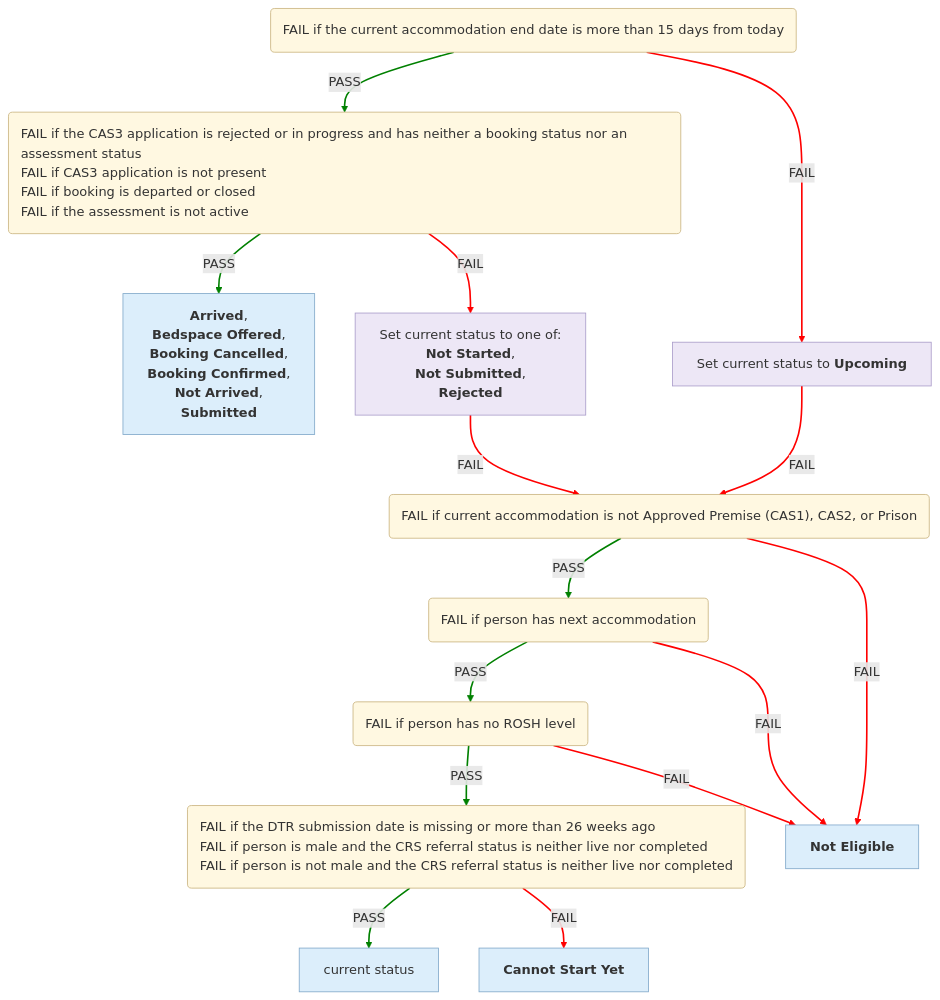
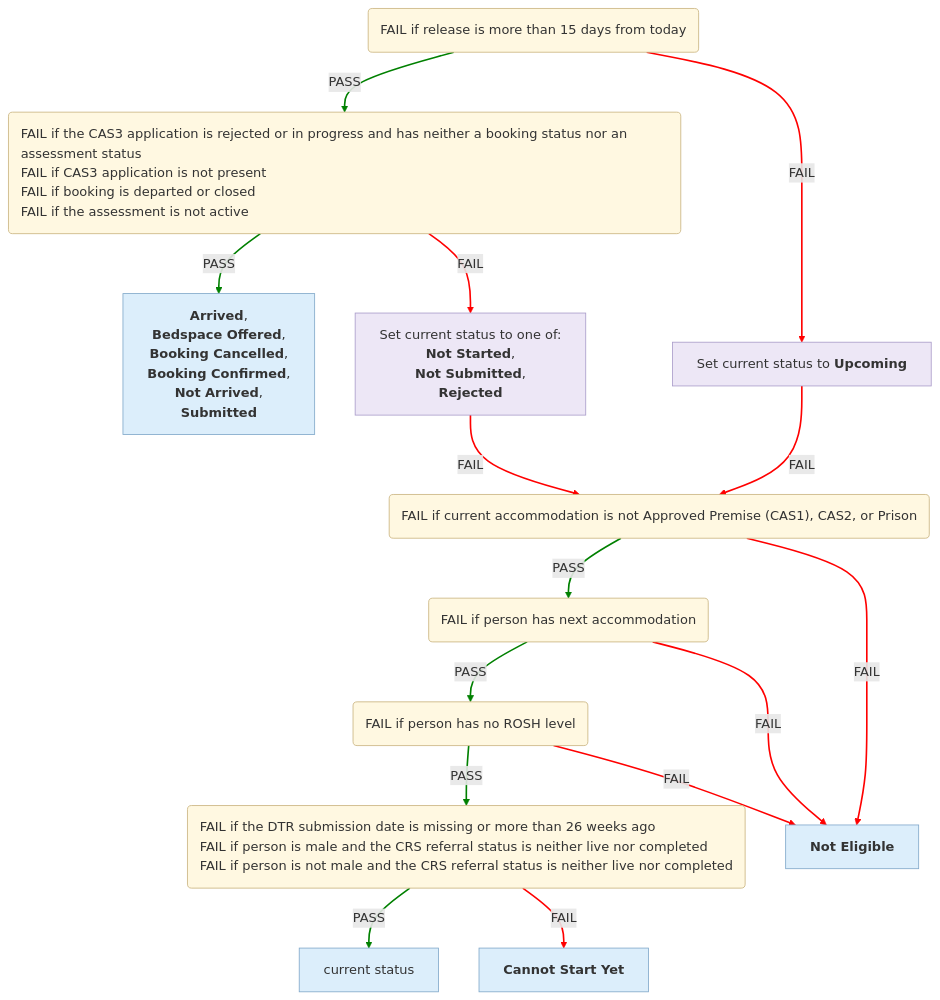
The third of 6 diagrams in docs/eligibility-rules-graph.md (ministryofjustice/hmpps-single-accommodation-service-api), drawn with Mermaid before and after one commit. The commit also changed other lines of this file and 13 other files, not shown here.

Commit message:
chore/SAS-1544-Make-language-more-natural-for-Fail-descriptions

````diff
--- a/docs/eligibility-rules-graph.md
+++ b/docs/eligibility-rules-graph.md
@@ -332,51 +284,51 @@
 ```mermaid
 %%{init: {"flowchart": {"wrappingWidth": 800}}}%%
 flowchart TD
-  Upcoming("<div style='text-align:left'>FAIL if the current accommodation end date is more than 15 days from today</div>")
+  Upcoming("<div style='text-align:left'>FAIL if release is more than 15 days from today</div>")
   Suitability("<div style='text-align:left'>FAIL if the CAS3 application is rejected or in progress and has neither a booking status nor an assessment status
 FAIL if CAS3 application is not present
 FAIL if booking is departed or closed
 FAIL if the assessment is not active</div>")
   outcome_Cas3CompletionContextUpdater["<b>Arrived</b>,
  <b>Bedspace Offered</b>,
  <b>Booking Cancelled</b>,
  <b>Booking Confirmed</b>,
  <b>Not Arrived</b>,
  <b>Submitted</b>"]
   updater_Cas3SuitabilityContextUpdater["Set current status to one of:
 <b>Not Started</b>,
  <b>Not Submitted</b>,
  <b>Rejected</b>"]
   Eligibility_Current_Accommodation("<div style='text-align:left'>FAIL if current accommodation is not Approved Premise (CAS1), CAS2, or Prison</div>")
   Eligibility_Next_Accommodation("<div style='text-align:left'>FAIL if person has next accommodation</div>")
   Eligibility_Rosh("<div style='text-align:left'>FAIL if person has no ROSH level</div>")
   Prerequisite("<div style='text-align:left'>FAIL if the DTR submission date is missing or more than 26 weeks ago
 FAIL if person is male and the CRS referral status is neither live nor completed
 FAIL if person is not male and the CRS referral status is neither live nor completed</div>")
   confirmed["current status"]
   outcome_Cas3PrerequisiteContextUpdater["<b>Cannot Start Yet</b>"]
   CAS3_NOT_ELIGIBLE["<b>Not Eligible</b>"]
   updater_Cas3UpcomingContextUpdater["Set current status to <b>Upcoming</b>"]
   Suitability -->|PASS| outcome_Cas3CompletionContextUpdater
   Suitability -->|FAIL| updater_Cas3SuitabilityContextUpdater
   Prerequisite -->|PASS| confirmed
   Prerequisite -->|FAIL| outcome_Cas3PrerequisiteContextUpdater
   Eligibility_Rosh -->|PASS| Prerequisite
   Eligibility_Rosh -->|FAIL| CAS3_NOT_ELIGIBLE
   Eligibility_Next_Accommodation -->|PASS| Eligibility_Rosh
   Eligibility_Next_Accommodation -->|FAIL| CAS3_NOT_ELIGIBLE
   Eligibility_Current_Accommodation -->|PASS| Eligibility_Next_Accommodation
   Eligibility_Current_Accommodation -->|FAIL| CAS3_NOT_ELIGIBLE
   updater_Cas3SuitabilityContextUpdater -->|FAIL| Eligibility_Current_Accommodation
   Upcoming -->|PASS| Suitability
   Upcoming -->|FAIL| updater_Cas3UpcomingContextUpdater
   updater_Cas3UpcomingContextUpdater -->|FAIL| Eligibility_Current_Accommodation
   linkStyle 0,2,4,6,8,11 stroke:green,stroke-width:2px
   linkStyle 1,3,5,7,9,10,12,13 stroke:red,stroke-width:2px
   classDef ruleSetNode fill:#FFF8E1,stroke:#C9B37E,color:#333
   classDef outcomeNode fill:#DCEEFB,stroke:#7FA7C9,color:#333
   classDef updaterNode fill:#EDE7F6,stroke:#A99BC9,color:#333
   class Upcoming,Suitability,Eligibility_Current_Accommodation,Eligibility_Next_Accommodation,Eligibility_Rosh,Prerequisite ruleSetNode
   class outcome_Cas3CompletionContextUpdater,confirmed,outcome_Cas3PrerequisiteContextUpdater,CAS3_NOT_ELIGIBLE outcomeNode
   class updater_Cas3SuitabilityContextUpdater,updater_Cas3UpcomingContextUpdater updaterNode
 ```
````
